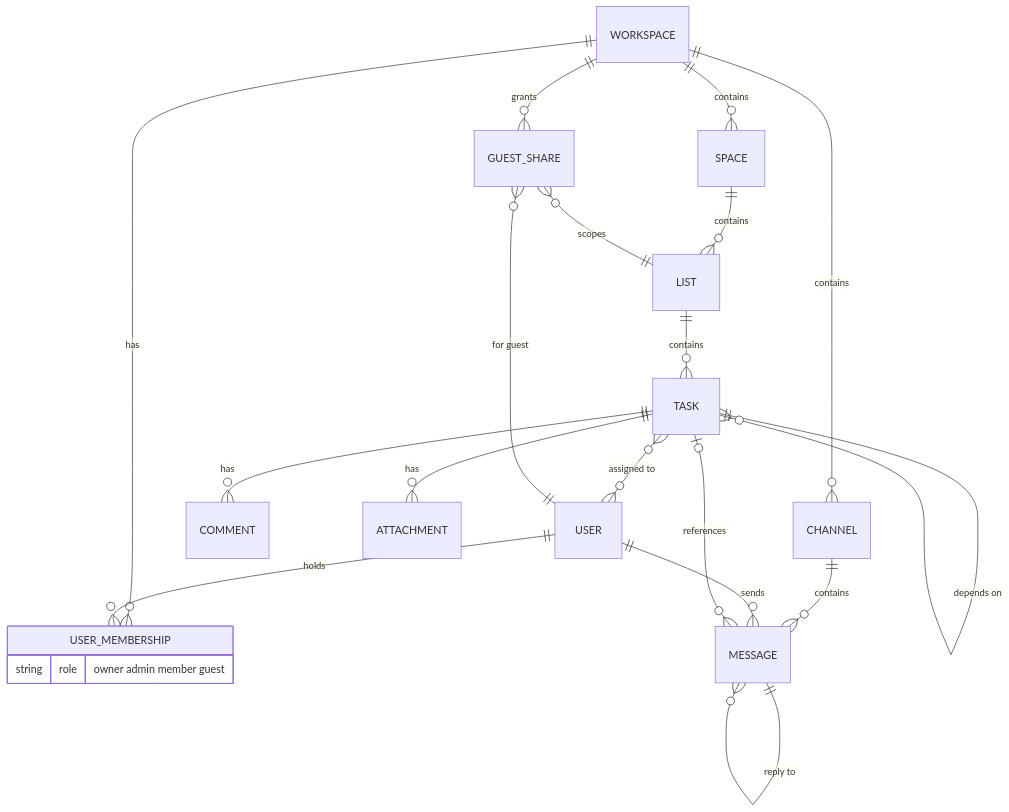
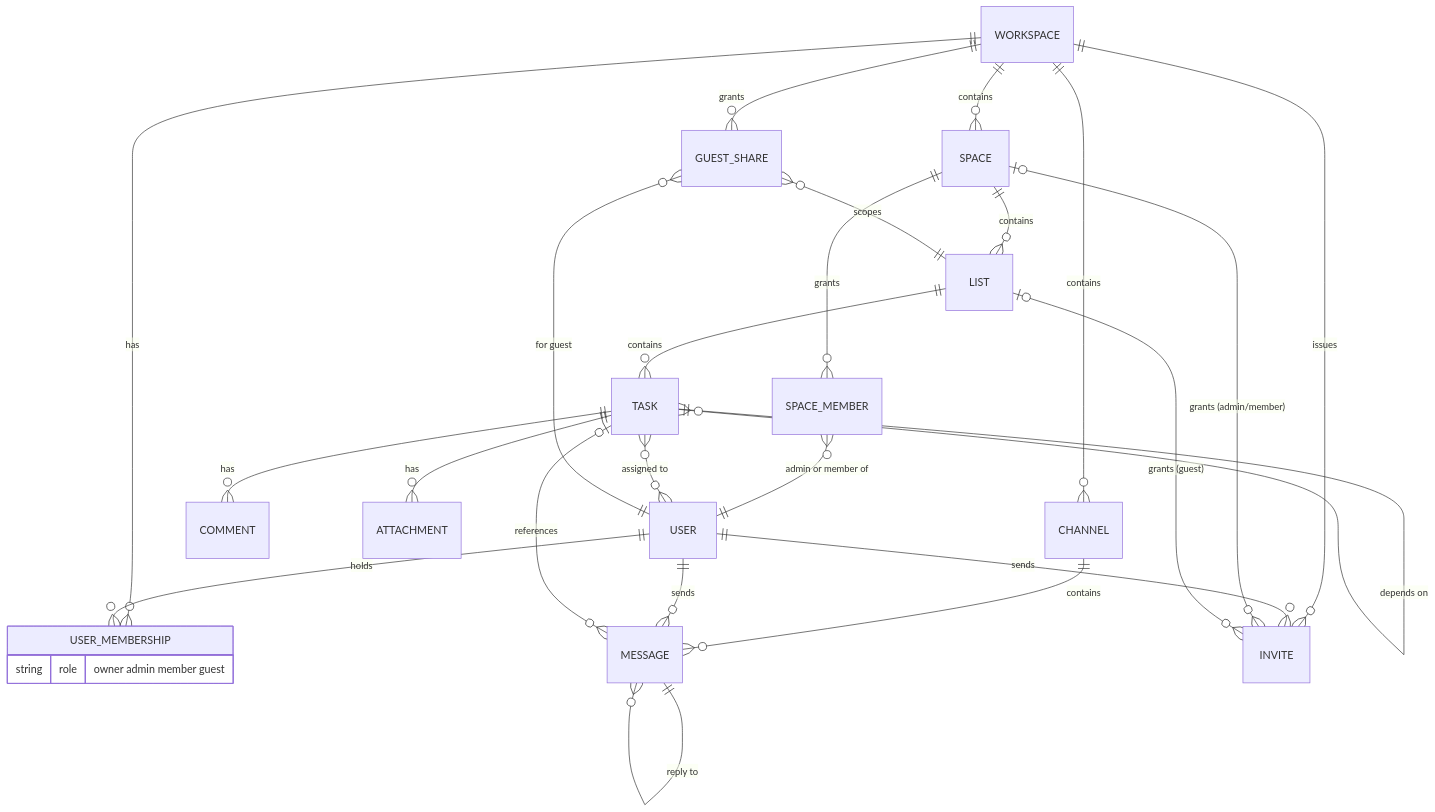
Before and after one commit to Chitresh-code/rally: the second of 2 diagrams in docs/02-architecture.md, drawn with Mermaid. The commit also changed other lines of this file and 20 other files, not shown here.

Commit message:
feat(workspace): add invite-only onboarding and scoped collaboration

````diff
--- a/docs/02-architecture.md
+++ b/docs/02-architecture.md
@@ -50,25 +50,31 @@
 ```mermaid
 erDiagram
     WORKSPACE ||--o{ SPACE : contains
     WORKSPACE ||--o{ USER_MEMBERSHIP : has
     USER ||--o{ USER_MEMBERSHIP : holds
     SPACE ||--o{ LIST : contains
+    SPACE ||--o{ SPACE_MEMBER : grants
+    SPACE_MEMBER }o--|| USER : "admin or member of"
     LIST ||--o{ TASK : contains
     TASK ||--o{ TASK : "subtask of"
     TASK ||--o{ COMMENT : has
     TASK ||--o{ ATTACHMENT : has
     TASK }o--o{ USER : "assigned to"
     TASK ||--o{ TASK : "depends on"
     WORKSPACE ||--o{ CHANNEL : contains
     CHANNEL ||--o{ MESSAGE : contains
     MESSAGE ||--o{ MESSAGE : "reply to"
     MESSAGE }o--o| TASK : references
     USER ||--o{ MESSAGE : sends
     WORKSPACE ||--o{ GUEST_SHARE : grants
     GUEST_SHARE }o--|| USER : "for guest"
     GUEST_SHARE }o--|| LIST : scopes
+    WORKSPACE ||--o{ INVITE : issues
+    USER ||--o{ INVITE : sends
+    INVITE }o--o| SPACE : "grants (admin/member)"
+    INVITE }o--o| LIST : "grants (guest)"
 
     USER_MEMBERSHIP {
         string role "owner admin member guest"
     }
 ```
````
